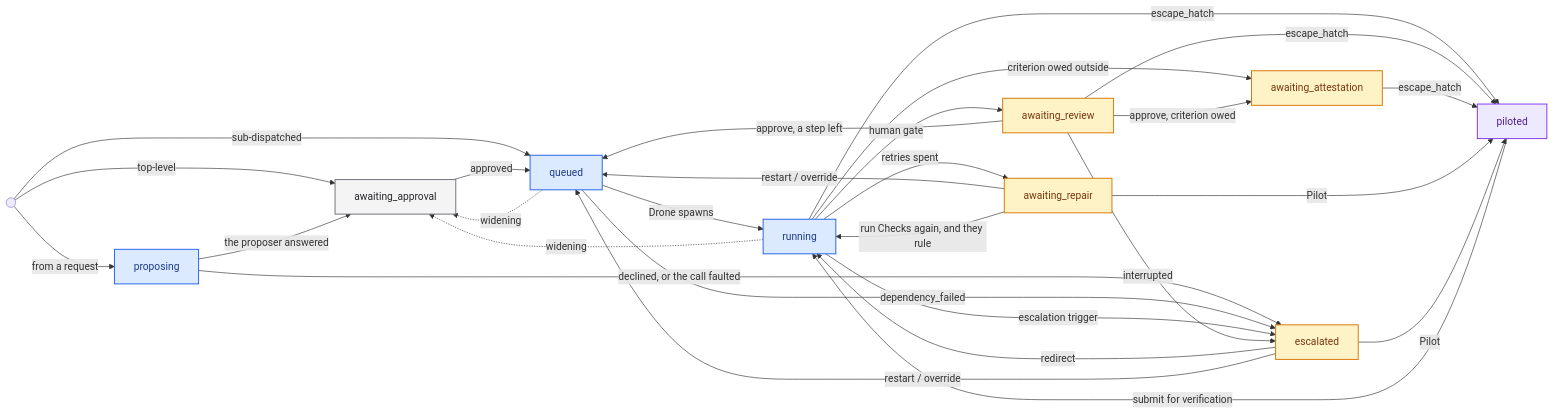
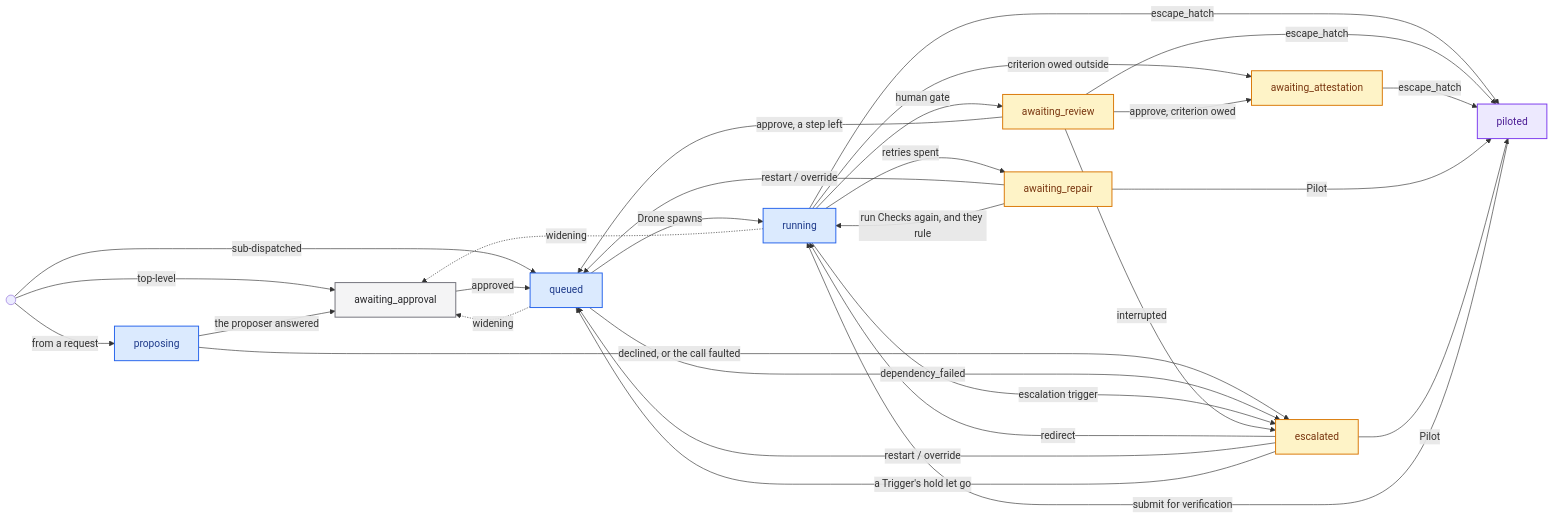
The second of 3 diagrams in docs/concepts/job.md (Mele-Labs/armada), drawn with Mermaid before and after one commit. The commit also changed other lines of this file and 64 other files, not shown here.

````diff
--- a/docs/concepts/job.md
+++ b/docs/concepts/job.md
@@ -101,47 +101,48 @@
 ```mermaid
 flowchart LR
   classDef gate fill:#f4f4f5,stroke:#71717a,stroke-width:1.5px,color:#27272a
   classDef drone fill:#dbeafe,stroke:#2563eb,stroke-width:1.5px,color:#1e3a8a
   classDef waited fill:#fef3c7,stroke:#d97706,stroke-width:1.5px,color:#78350f
   classDef worked fill:#ede9fe,stroke:#7c3aed,stroke-width:1.5px,color:#4c1d95
 
   START(( )) -->|top-level| AA
   START -->|sub-dispatched| Q
   START -->|from a request| PR
 
   PR["proposing"] -->|the proposer answered| AA
   AA["awaiting_approval"] -->|approved| Q["queued"]
   Q -->|Drone spawns| R["running"]
 
   R -->|human gate| AR["awaiting_review"]
   AR -->|"approve, a step left"| Q
 
   R -->|criterion owed outside| AT["awaiting_attestation"]
   AR -->|"approve, criterion owed"| AT
 
   R -->|retries spent| REP["awaiting_repair"]
   REP -->|"restart / override"| Q
   REP -->|"run Checks again, and they rule"| R
 
   PR -->|"declined, or the call faulted"| ESC
   Q -->|dependency_failed| ESC["escalated"]
   R -->|escalation trigger| ESC
   AR -->|interrupted| ESC
   ESC -->|redirect| R
   ESC -->|"restart / override"| Q
+  ESC -->|"a Trigger's hold let go"| Q
 
   R -->|escape_hatch| P["piloted"]
   AR -->|escape_hatch| P
   AT -->|escape_hatch| P
   REP -->|Pilot| P
   ESC -->|Pilot| P
   P -->|submit for verification| R
 
   Q -.->|widening| AA
   R -.->|widening| AA
 
   class AA gate
   class PR,Q,R drone
   class AR,REP,ESC,AT waited
   class P worked
 ```
````
